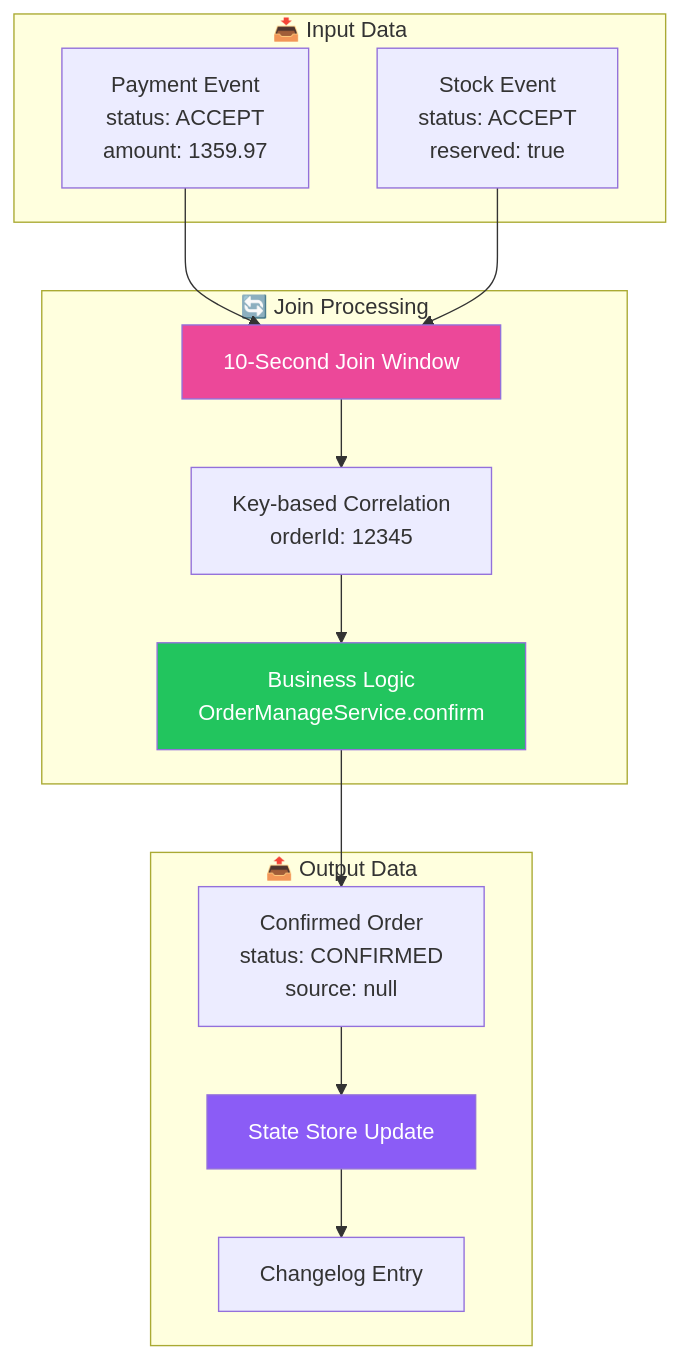
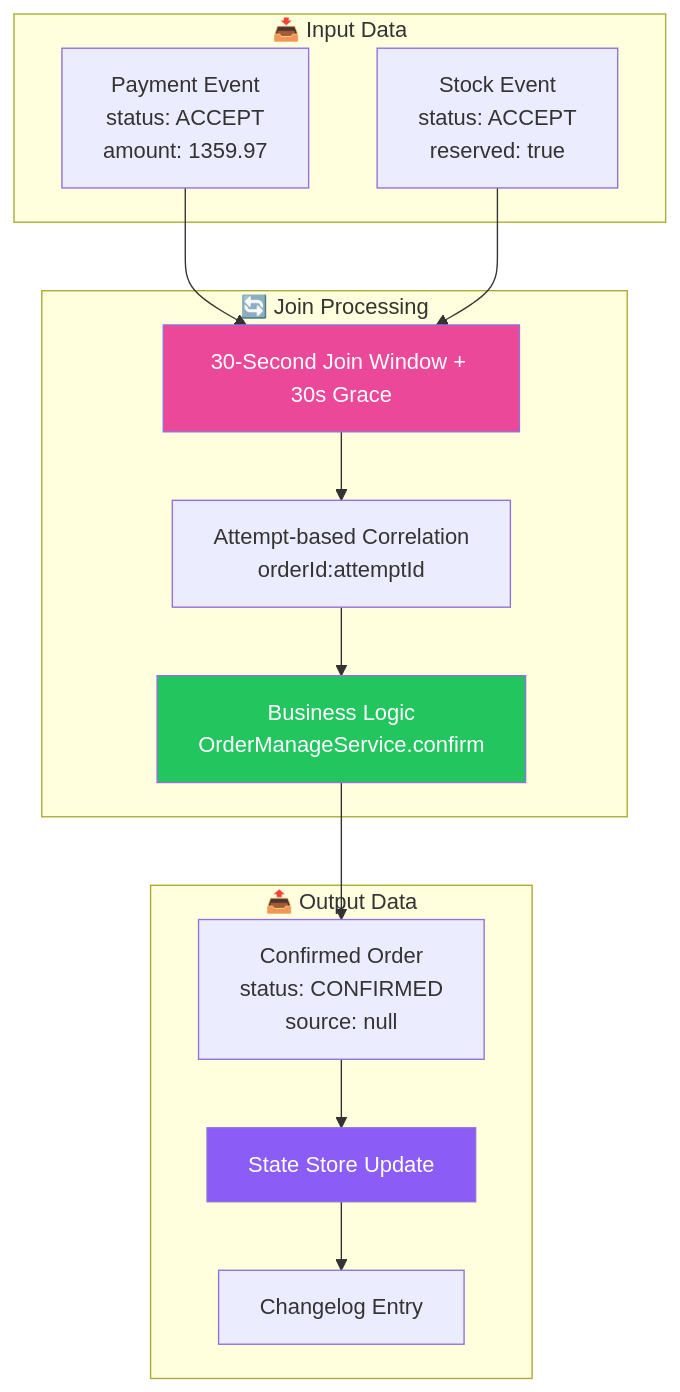
Before and after one commit to rajadilipkolli/spring-boot-microservices-series-v2: the sixth of 7 diagrams in order-service/docs/03-Kafka-Streams-Data-Flow-Analysis.md, drawn with Mermaid. The commit also changed other lines of this file and 51 other files, not shown here.

````diff
--- a/order-service/docs/03-Kafka-Streams-Data-Flow-Analysis.md
+++ b/order-service/docs/03-Kafka-Streams-Data-Flow-Analysis.md
@@ -577,32 +577,32 @@
 ```mermaid
 graph TB
     subgraph "📥 Input Data"
         PAYMENT_INPUT[Payment Event<br/>status: ACCEPT<br/>amount: 1359.97]
         STOCK_INPUT[Stock Event<br/>status: ACCEPT<br/>reserved: true]
     end
     
     subgraph "🔄 Join Processing"
-        JOIN_WINDOW[10-Second Join Window]
-        CORRELATION[Key-based Correlation<br/>orderId: 12345]
+        JOIN_WINDOW[30-Second Join Window + 30s Grace]
+        CORRELATION[Attempt-based Correlation<br/>orderId:attemptId]
         BUSINESS_LOGIC[Business Logic<br/>OrderManageService.confirm]
     end
     
     subgraph "📤 Output Data"
         CONFIRMED_ORDER[Confirmed Order<br/>status: CONFIRMED<br/>source: null]
         STATE_UPDATE[State Store Update]
         CHANGELOG_ENTRY[Changelog Entry]
     end
     
     PAYMENT_INPUT --> JOIN_WINDOW
     STOCK_INPUT --> JOIN_WINDOW
     JOIN_WINDOW --> CORRELATION
     CORRELATION --> BUSINESS_LOGIC
     
     BUSINESS_LOGIC --> CONFIRMED_ORDER
     CONFIRMED_ORDER --> STATE_UPDATE
     STATE_UPDATE --> CHANGELOG_ENTRY
     
     style JOIN_WINDOW fill:#ec4899,color:#ffffff
     style BUSINESS_LOGIC fill:#22c55e,color:#ffffff
     style STATE_UPDATE fill:#8b5cf6,color:#ffffff
 ```
````
